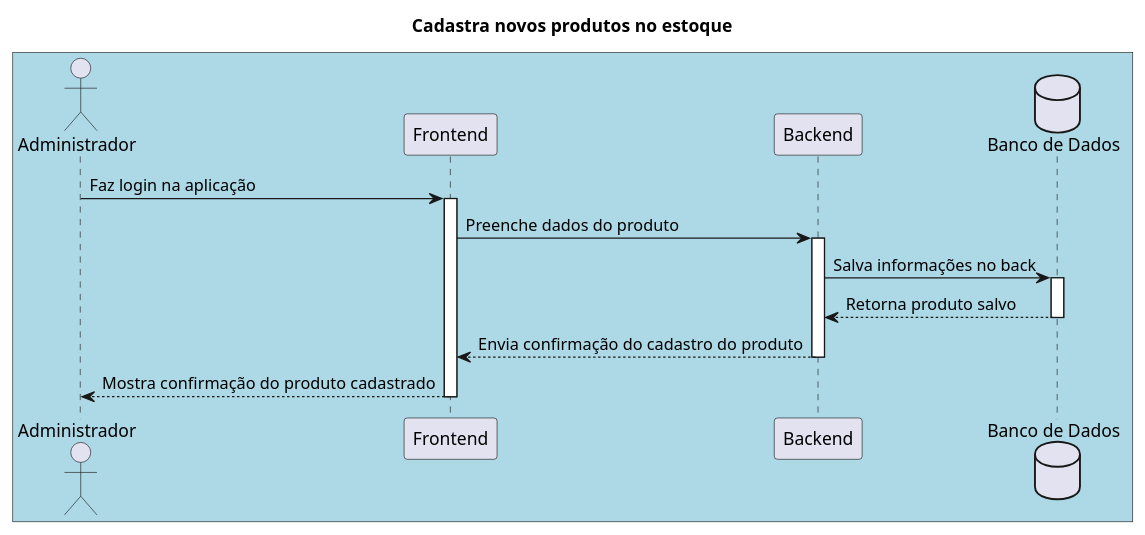
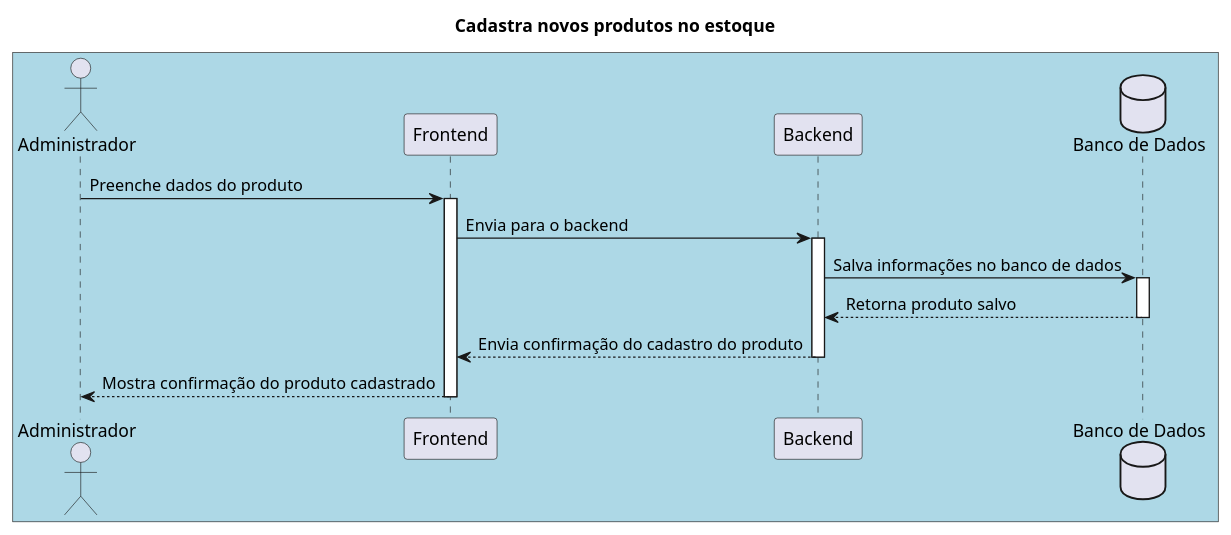
One commit to vaniacourses/projeto-software-robson-caetano changed the diagram in docs/register-product-diagram.puml. Above: the diagram before and after it, drawn with PlantUML.

Commit message:
Diagrama refeito apos feedbacks

```diff
--- a/docs/register-product-diagram.puml
+++ b/docs/register-product-diagram.puml
@@ -1,26 +1,26 @@
 @startuml
 skinparam participantPadding 20
 skinparam boxPadding 10
 
 title "Cadastra novos produtos no estoque" 
 
 box #LightBlue
 
 actor "Administrador" as admin
 participant "Frontend" as front
 participant "Backend" as back
 database "Banco de Dados" as DB
 
-admin-> front: Faz login na aplicação
+admin-> front: Preenche dados do produto
 activate front
-front->back: Preenche dados do produto
+front->back: Envia para o backend
 activate back
-back->DB: Salva informações no back
+back->DB: Salva informações no banco de dados
 activate DB
 DB-->back: Retorna produto salvo
 deactivate DB
 back-->front: Envia confirmação do cadastro do produto
 deactivate back
 front-->admin: Mostra confirmação do produto cadastrado
 deactivate front
 @enduml
```
